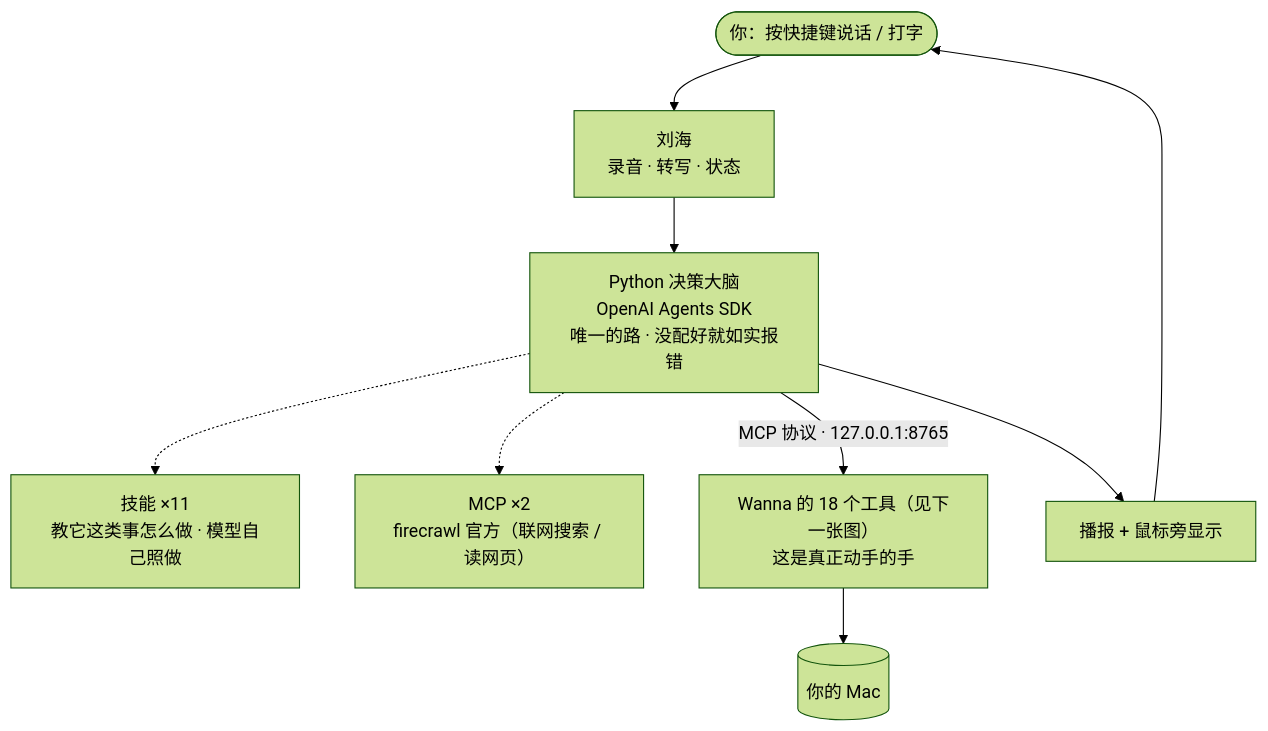
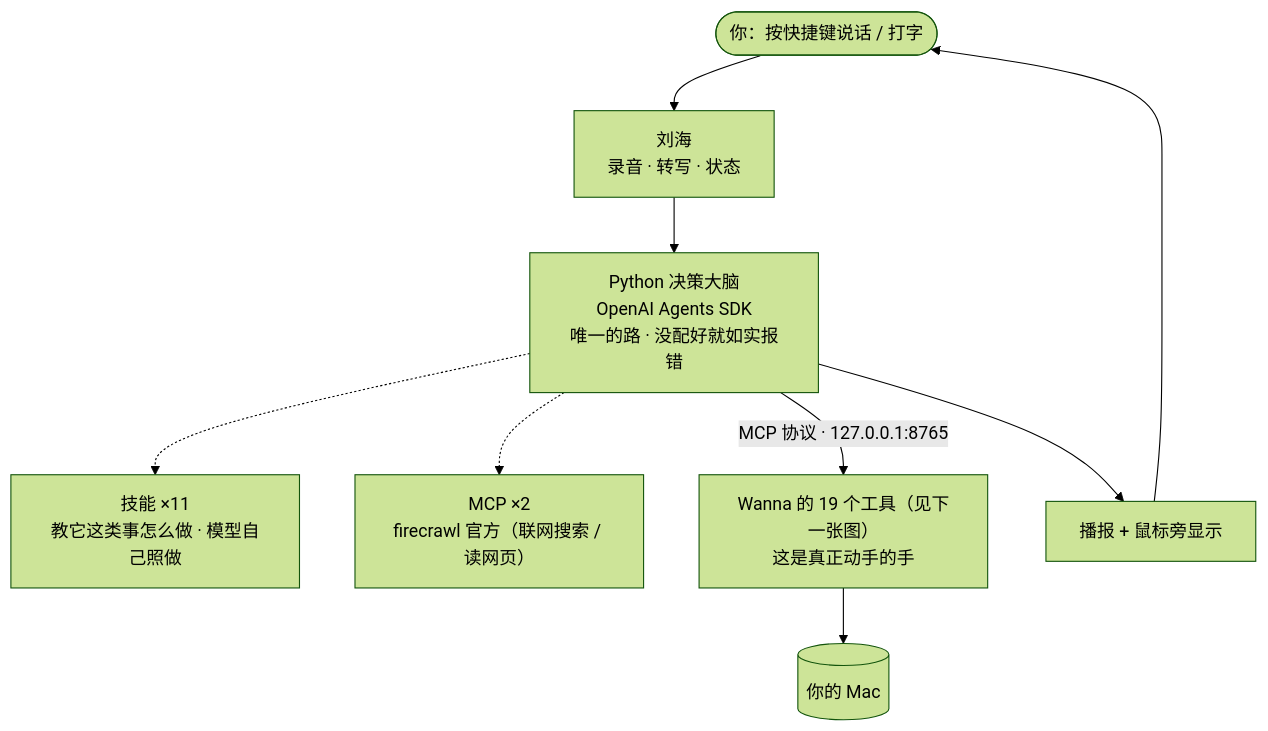
Before and after one commit to nash-aigc/wanna: the first of 2 diagrams in 全局框架/00-项目全貌.md, drawn with Mermaid (forest theme). The commit also changed other lines of this file and 2 other files, not shown here.

````diff
--- a/全局框架/00-项目全貌.md
+++ b/全局框架/00-项目全貌.md
@@ -12,13 +12,13 @@
 ```mermaid
 flowchart TB
     U([你：按快捷键说话 / 打字]) --> N["刘海<br/>录音 · 转写 · 状态"]
     N --> P["Python 决策大脑<br/>OpenAI Agents SDK<br/>唯一的路 · 没配好就如实报错"]
 
     P -.-> C1["技能 ×11<br/>教它这类事怎么做 · 模型自己照做"]
     P -.-> C2["MCP ×2<br/>firecrawl 官方（联网搜索 / 读网页）"]
 
-    P -->|MCP 协议 · 127.0.0.1:8765| H["Wanna 的 18 个工具（见下一张图）<br/>这是真正动手的手"]
+    P -->|MCP 协议 · 127.0.0.1:8765| H["Wanna 的 19 个工具（见下一张图）<br/>这是真正动手的手"]
     H --> MAC[(你的 Mac)]
     P --> R["播报 + 鼠标旁显示"]
     R --> U
 ```
````
